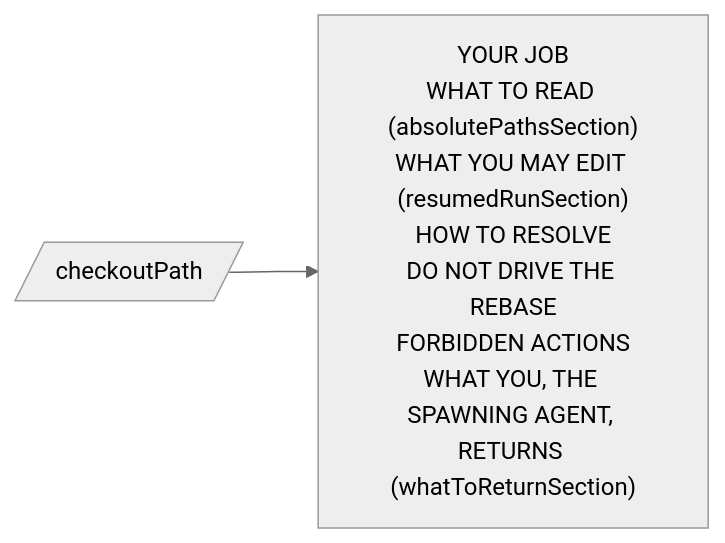
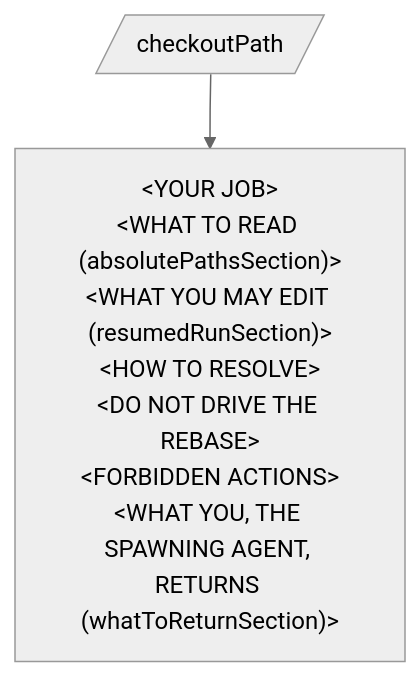
The diagram in diagrams/prompts/FixConflictsBodyEmitter.mmd (matkatmusic/taskTools), drawn with Mermaid (neutral theme) before and after one commit. The commit also changed 52 other files, not shown here.

```diff
--- a/diagrams/prompts/FixConflictsBodyEmitter.mmd
+++ b/diagrams/prompts/FixConflictsBodyEmitter.mmd
@@ -1,4 +1,4 @@
 %% How FixConflictsBodyEmitter.ts picks its sections. Inputs left, decisions middle, sections right. Not a pipeline diagram.
-flowchart LR
+flowchart TD
     checkoutPath[/checkoutPath/] --> ALWAYS
-    ALWAYS["YOUR JOB<br>WHAT TO READ (absolutePathsSection)<br>WHAT YOU MAY EDIT (resumedRunSection)<br>HOW TO RESOLVE<br>DO NOT DRIVE THE REBASE<br>FORBIDDEN ACTIONS<br>WHAT YOU, THE SPAWNING AGENT, RETURNS (whatToReturnSection)"]
+    ALWAYS["#60;YOUR JOB#62;<br>#60;WHAT TO READ (absolutePathsSection)#62;<br>#60;WHAT YOU MAY EDIT (resumedRunSection)#62;<br>#60;HOW TO RESOLVE#62;<br>#60;DO NOT DRIVE THE REBASE#62;<br>#60;FORBIDDEN ACTIONS#62;<br>#60;WHAT YOU, THE SPAWNING AGENT, RETURNS (whatToReturnSection)#62;"]
```
